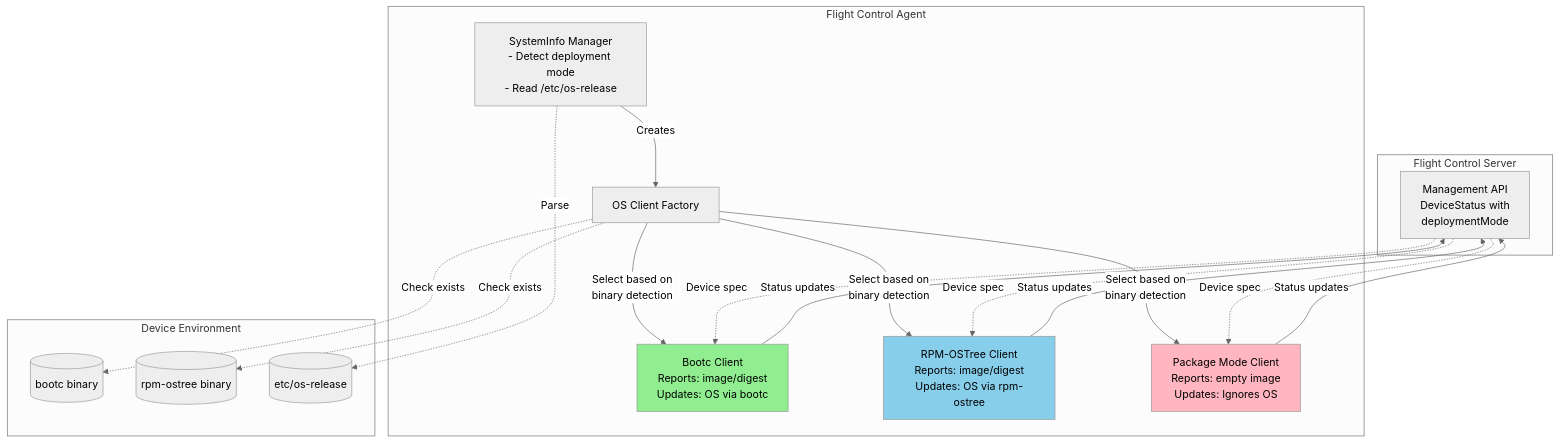
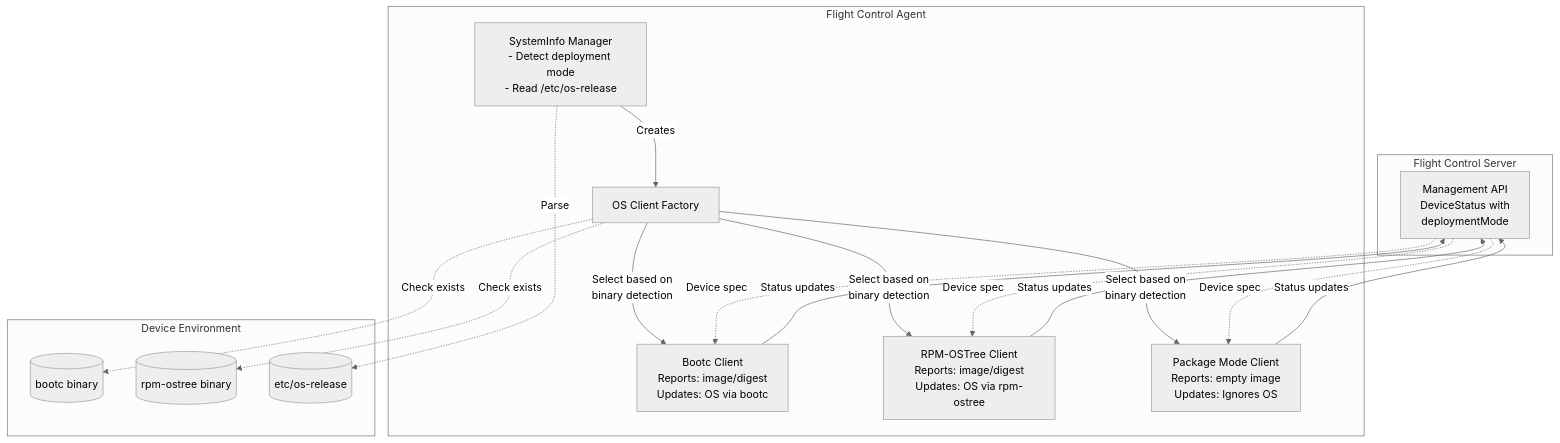
Before and after one commit to adalton/flightctl: the first of 7 diagrams in specs/EDM-1471/plan.md, drawn with Mermaid (neutral theme). The commit also changed other lines of this file and 1 other file, not shown here.

````diff
--- a/specs/EDM-1471/plan.md
+++ b/specs/EDM-1471/plan.md
@@ -155,40 +156,36 @@
 ```mermaid
 graph TB
     subgraph Server["Flight Control Server"]
         API[Management API<br/>DeviceStatus with<br/>deploymentMode]
     end
 
     subgraph Agent["Flight Control Agent"]
         SM[SystemInfo Manager<br/>- Detect deployment mode<br/>- Read /etc/os-release]
         Factory[OS Client Factory]
         BC[Bootc Client<br/>Reports: image/digest<br/>Updates: OS via bootc]
         RC[RPM-OSTree Client<br/>Reports: image/digest<br/>Updates: OS via rpm-ostree]
         PC[Package Mode Client<br/>Reports: empty image<br/>Updates: Ignores OS]
 
         SM -->|Creates| Factory
         Factory -->|Select based on<br/>binary detection| BC
         Factory -->|Select based on<br/>binary detection| RC
         Factory -->|Select based on<br/>binary detection| PC
     end
 
     subgraph Env["Device Environment"]
         BOOTC[(bootc binary)]
         RPMOSTREE[(rpm-ostree binary)]
         OSRELEASE[(etc/os-release)]
     end
 
     Factory -.->|Check exists| BOOTC
     Factory -.->|Check exists| RPMOSTREE
     SM -.->|Parse| OSRELEASE
 
     BC -->|Status updates| API
     RC -->|Status updates| API
     PC -->|Status updates| API
     API -.->|Device spec| BC
     API -.->|Device spec| RC
     API -.->|Device spec| PC
-
-    style BC fill:#90EE90
-    style RC fill:#87CEEB
-    style PC fill:#FFB6C1
 ```
````
